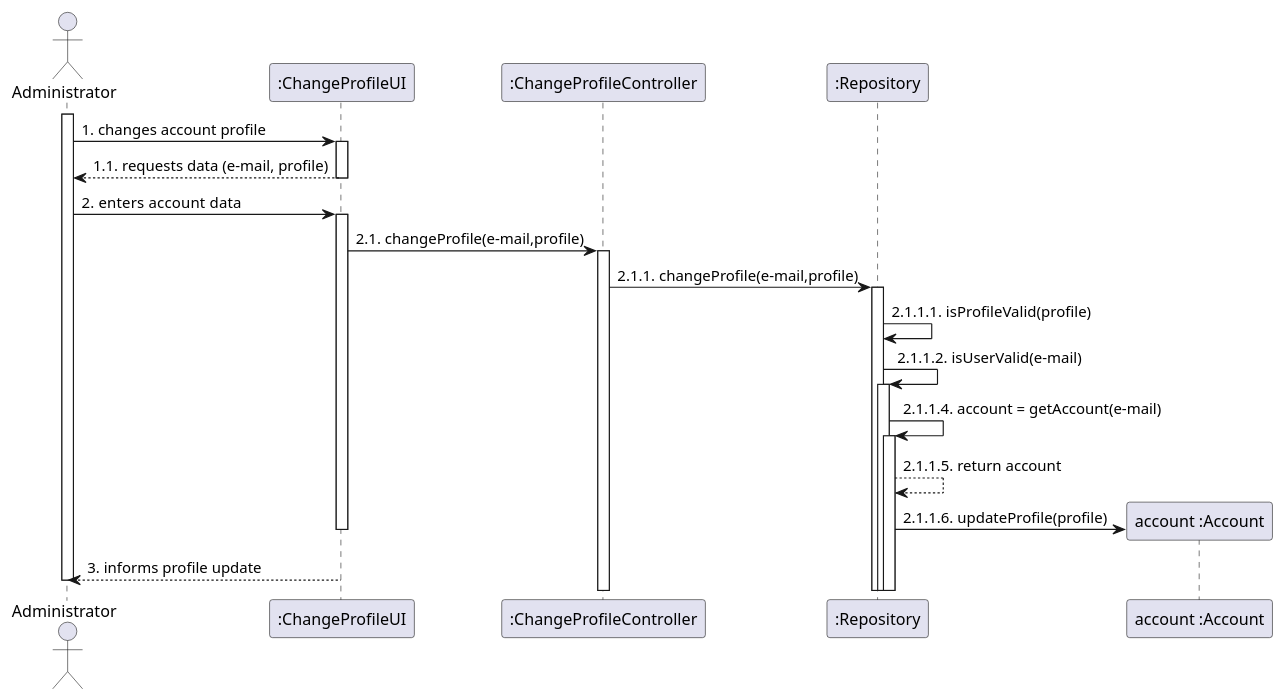
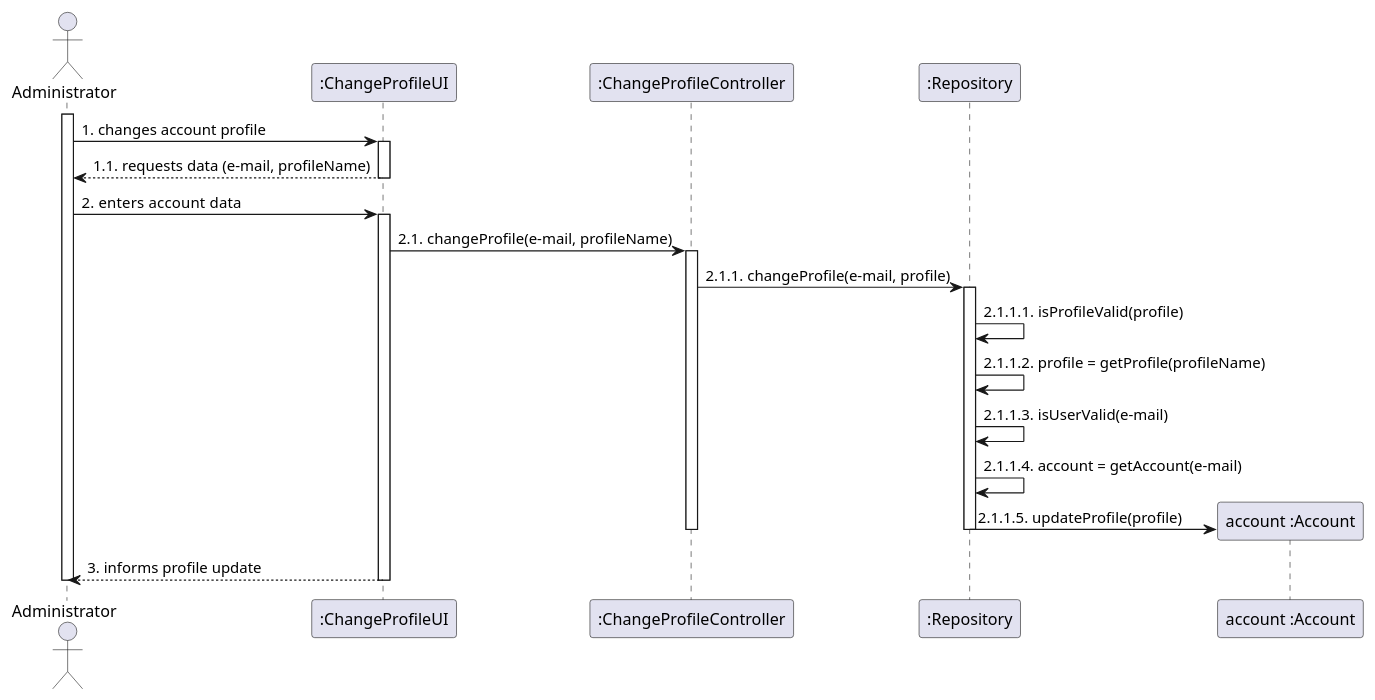
One commit to Loracline/project_switch_22-23 changed the diagram in docs/modelling_design/user_stories/us003/US003_Sequence_Diagram.puml. Above: the diagram before and after it, drawn with PlantUML.

Commit message:
US003 : Design : Updated Sequence Diagram (Use Case: TO CHANGE PROFILE).

```diff
--- a/docs/modelling_design/user_stories/us003/US003_Sequence_Diagram.puml
+++ b/docs/modelling_design/user_stories/us003/US003_Sequence_Diagram.puml
@@ -2,41 +2,42 @@
 @startuml
 
 /'autonumber'/
 actor Administrator
 participant ":ChangeProfileUI" as ui
 participant ":ChangeProfileController" as Controller
 participant ":Repository" as repository
 participant "account :Account" as account
 
 activate Administrator
 Administrator -> ui: 1. changes account profile
 activate ui
-Administrator <-- ui: 1.1. requests data (e-mail, profile)
+Administrator <-- ui: 1.1. requests data (e-mail, profileName)
 deactivate ui
 Administrator -> ui: 2.  enters account data
 activate ui
-ui -> Controller: 2.1. changeProfile(e-mail,profile)
+ui -> Controller: 2.1. changeProfile(e-mail, profileName)
 activate Controller
-Controller -> repository: 2.1.1. changeProfile(e-mail,profile)
+Controller -> repository: 2.1.1. changeProfile(e-mail, profile)
 activate repository
 repository -> repository: 2.1.1.1. isProfileValid(profile)
-repository -> repository: 2.1.1.2. isUserValid(e-mail)
-activate repository
-
+repository -> repository: 2.1.1.2. profile = getProfile(profileName)
+repository -> repository: 2.1.1.3. isUserValid(e-mail)
 repository -> repository: 2.1.1.4. account = getAccount(e-mail)
-activate repository
-repository --> repository: 2.1.1.5. return account
-create account
-repository -> account: 2.1.1.6. updateProfile(profile)
 
 
+create account
+repository -> account: 2.1.1.5. updateProfile(profile)
+deactivate Controller
+deactivate repository
+
+
+ui --> Administrator: 3. informs profile update
 deactivate ui
-ui --> Administrator: 3. informs profile update
 deactivate Administrator
 
 /'Controller -> Controller: isUserValid (e-mail)
 Controller -> Controller: isProfileValid (profile)
 
 Controller --> account: changeProfile (e-mail, profile)'/
 
 @enduml
```
